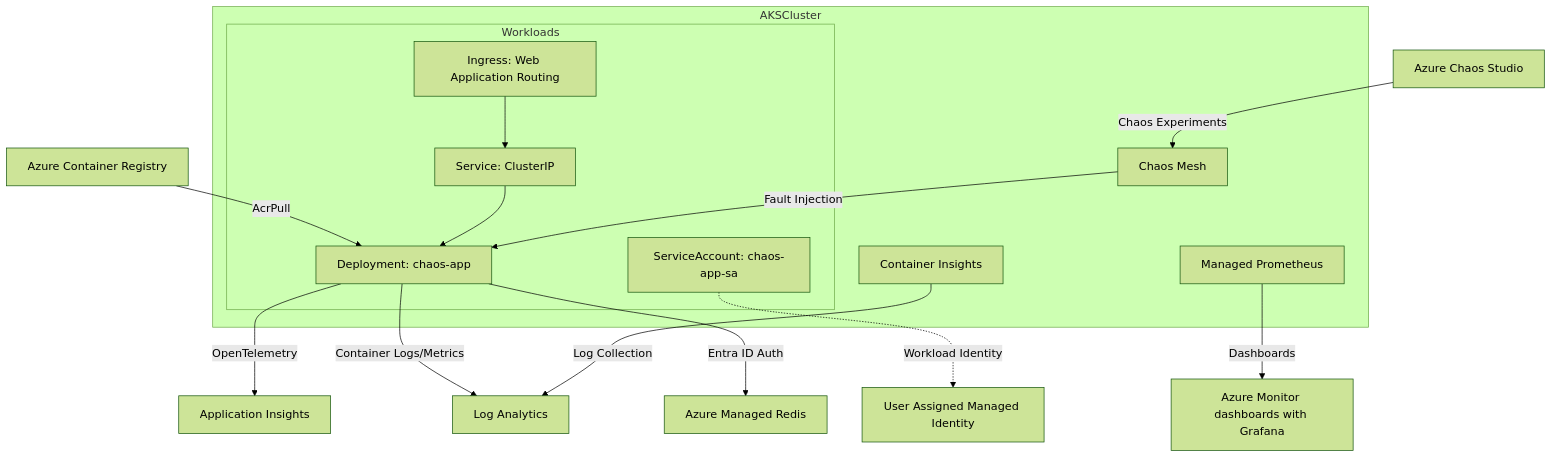
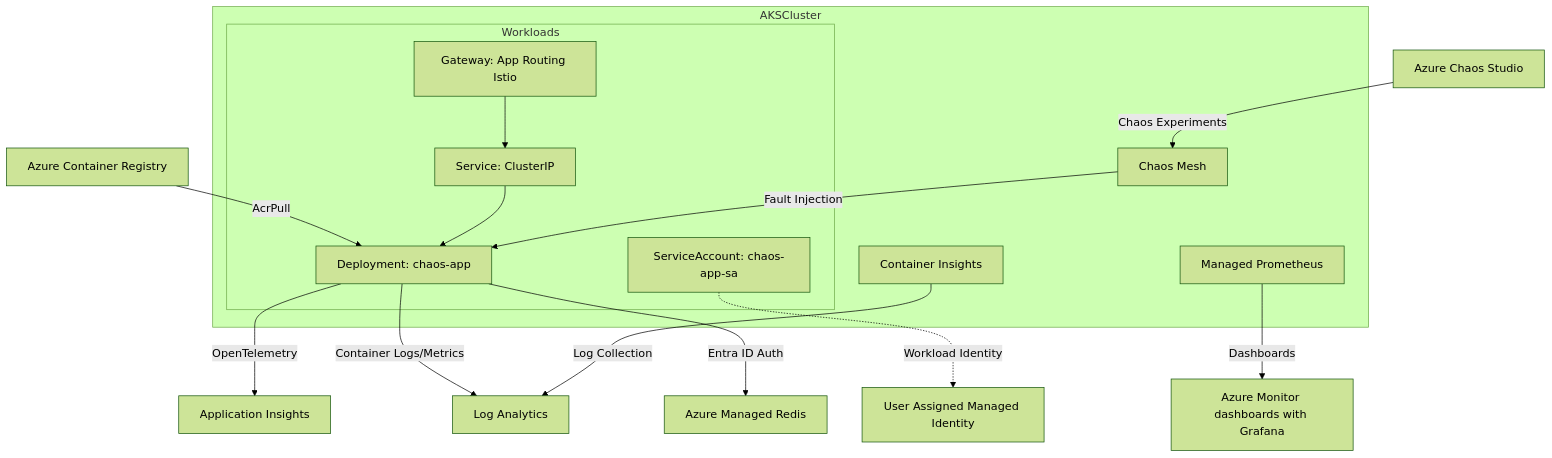
One commit to torumakabe/aks-chaos-lab changed the diagram in README.md. Above: the diagram before and after it, drawn with Mermaid (forest theme). The commit also changed other lines of this file and 21 other files, not shown here.

First line of the commit message:
feat: Gateway API (App Routing Istio) への移行

````diff
--- a/README.md
+++ b/README.md
@@ -167,34 +167,34 @@
 ```mermaid
 graph TD
   ACR[Azure Container Registry]
   Redis[Azure Managed Redis]
   LA[Log Analytics]
   AppInsights[Application Insights]
   Grafana[Azure Monitor dashboards with Grafana]
   CS[Azure Chaos Studio]
   UAMI[User Assigned Managed Identity]
 
   subgraph AKSCluster
     subgraph AKS_Workloads [Workloads]
       Deploy[Deployment: chaos-app]
       Svc[Service: ClusterIP]
-      Ingress[Ingress: Web Application Routing]
+      GW[Gateway: App Routing Istio]
       SA[ServiceAccount: chaos-app-sa]
     end
     CI[Container Insights]
     Prom[Managed Prometheus]
     CM[Chaos Mesh]
   end
 
   ACR -->|AcrPull| Deploy
   Svc --> Deploy
-  Ingress --> Svc
+  GW --> Svc
   Deploy -->|OpenTelemetry| AppInsights
   Deploy -->|Container Logs/Metrics| LA
   Deploy -->|Entra ID Auth| Redis
   SA -.->|Workload Identity| UAMI
   CS -->|Chaos Experiments| CM
   CM -->|Fault Injection| Deploy
   CI -->|Log Collection| LA
   Prom -->|Dashboards| Grafana
 ```
````
